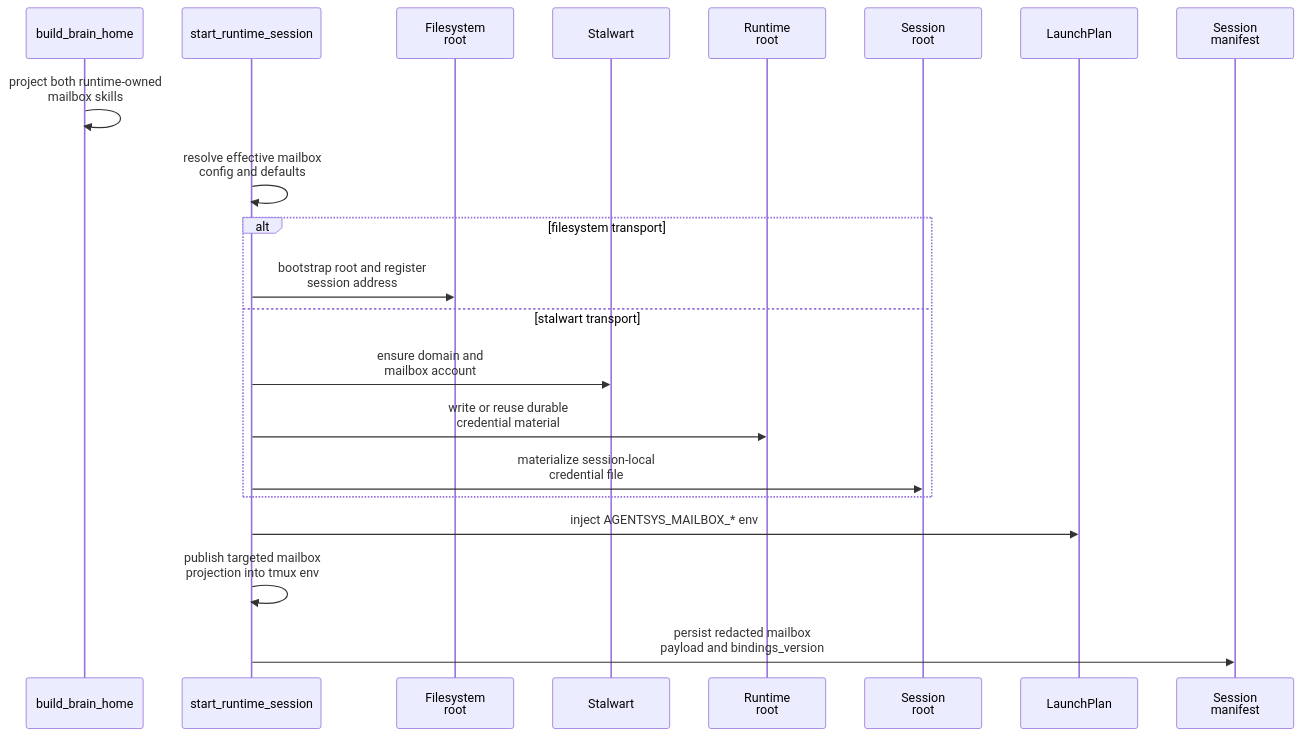
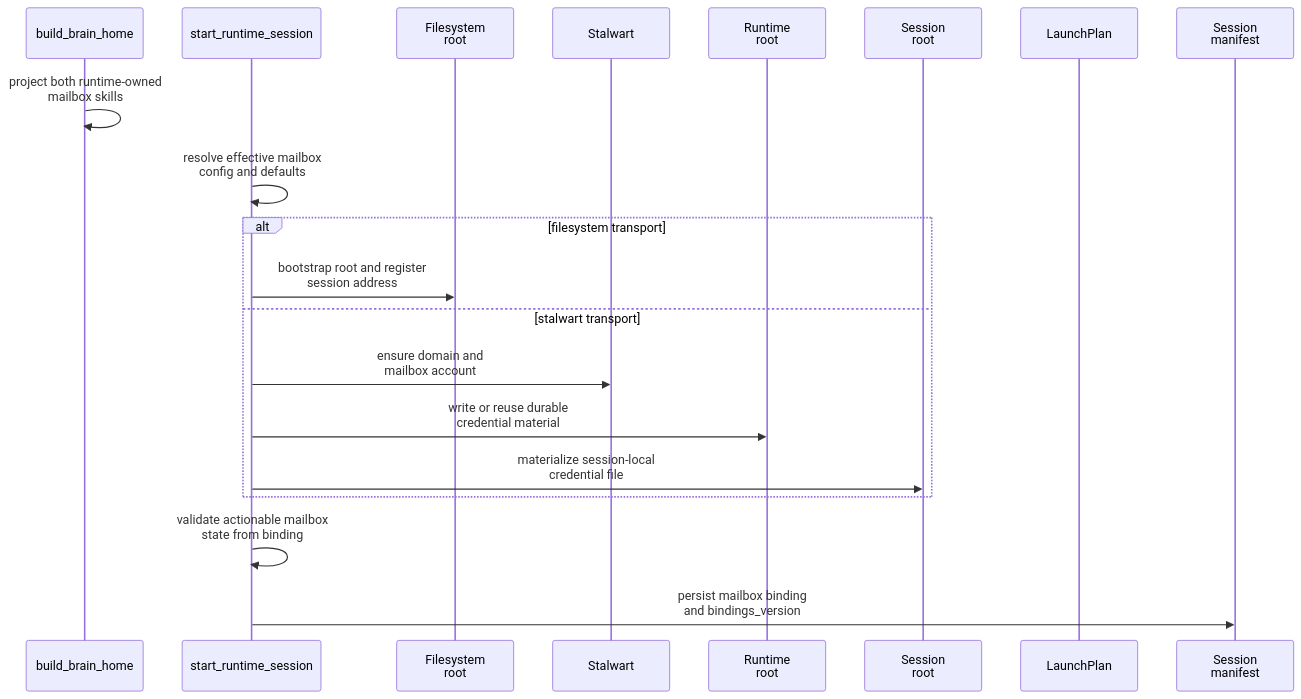
Before and after one commit to igamenovoer/houmao: the diagram in docs/reference/mailbox/internals/runtime-integration.md, drawn with Mermaid. The commit also changed other lines of this file and 32 other files, not shown here.

Commit message:
feat: remove mailbox env-based runtime contract

````diff
--- a/docs/reference/mailbox/internals/runtime-integration.md
+++ b/docs/reference/mailbox/internals/runtime-integration.md
@@ -42,23 +42,22 @@
 ```mermaid
 sequenceDiagram
     participant Bld as build_brain_home
     participant RT as start_runtime_session
     participant FS as Filesystem<br/>root
     participant SW as Stalwart
     participant RR as Runtime<br/>root
     participant SR as Session<br/>root
     participant LP as LaunchPlan
     participant Man as Session<br/>manifest
     Bld->>Bld: project both runtime-owned<br/>mailbox skills
     RT->>RT: resolve effective mailbox<br/>config and defaults
     alt filesystem transport
         RT->>FS: bootstrap root and register<br/>session address
     else stalwart transport
         RT->>SW: ensure domain and<br/>mailbox account
         RT->>RR: write or reuse durable<br/>credential material
         RT->>SR: materialize session-local<br/>credential file
     end
-    RT->>LP: inject AGENTSYS_MAILBOX_* env
-    RT->>RT: publish targeted mailbox<br/>projection into tmux env
-    RT->>Man: persist redacted mailbox<br/>payload and bindings_version
+    RT->>RT: validate actionable mailbox<br/>state from binding
+    RT->>Man: persist mailbox binding<br/>and bindings_version
 ```
````
